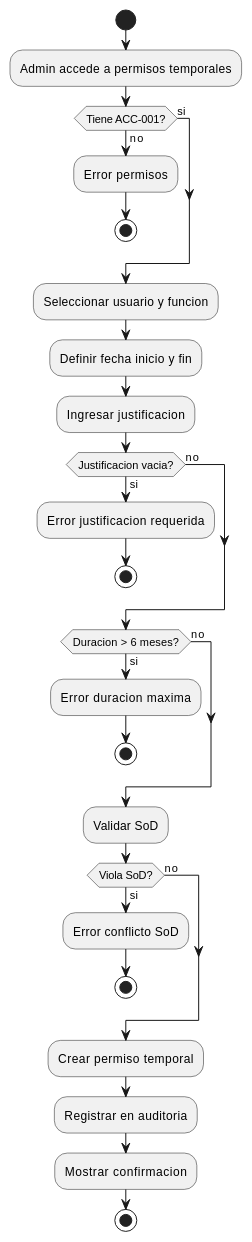
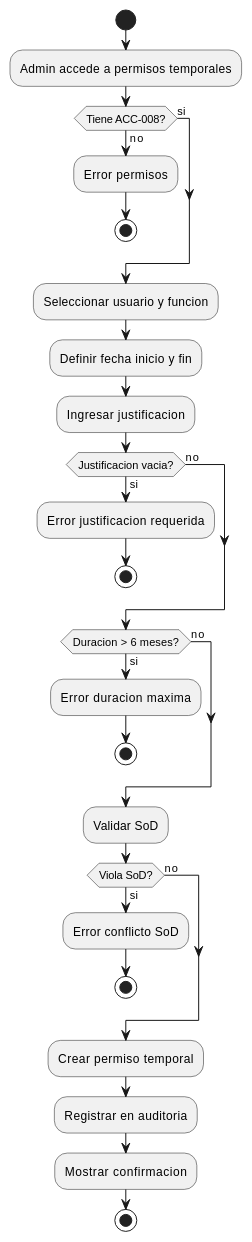
One commit to jcg-admin/IACT-docs changed the third of 3 diagrams in source/requisitos/casos-uso/access/uc-acc-08-permiso-temporal.rst. Above: the diagram before and after it, drawn with PlantUML. The commit also changed other lines of this file and 8 other files, not shown here.

```diff
--- a/source/requisitos/casos-uso/access/uc-acc-08-permiso-temporal.rst
+++ b/source/requisitos/casos-uso/access/uc-acc-08-permiso-temporal.rst
@@ -324,35 +324,35 @@
 .. uml::
  :caption: Diagrama de Actividad - UC_ACC_08
 
  @startuml
  start
  :Admin accede a permisos temporales;
- if (Tiene ACC-001?) then (no)
+ if (Tiene ACC-008?) then (no)
  :Error permisos;
  stop
  else (si)
  endif
  :Seleccionar usuario y funcion;
  :Definir fecha inicio y fin;
  :Ingresar justificacion;
  if (Justificacion vacia?) then (si)
  :Error justificacion requerida;
  stop
  else (no)
  endif
  if (Duracion > 6 meses?) then (si)
  :Error duracion maxima;
  stop
  else (no)
  endif
  :Validar SoD;
  if (Viola SoD?) then (si)
  :Error conflicto SoD;
  stop
  else (no)
  endif
  :Crear permiso temporal;
  :Registrar en auditoria;
  :Mostrar confirmacion;
  stop
  @enduml
```
